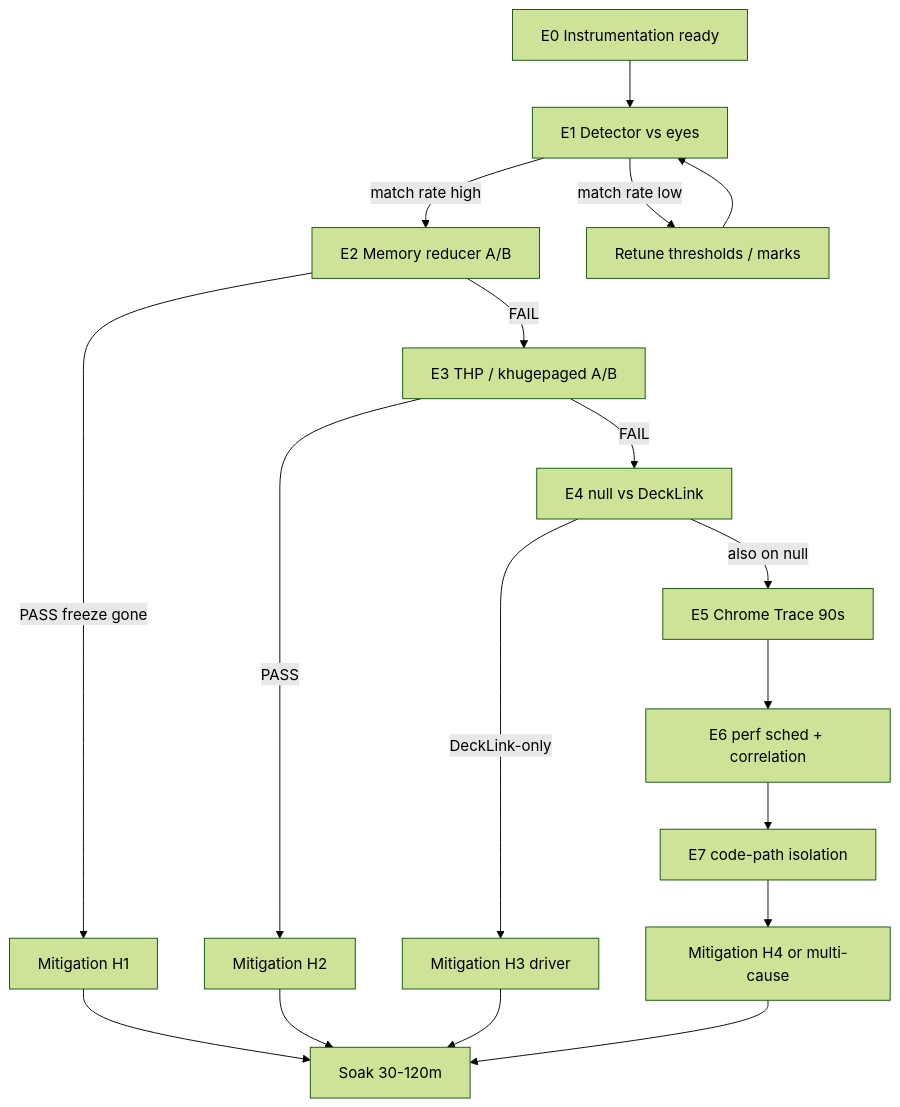
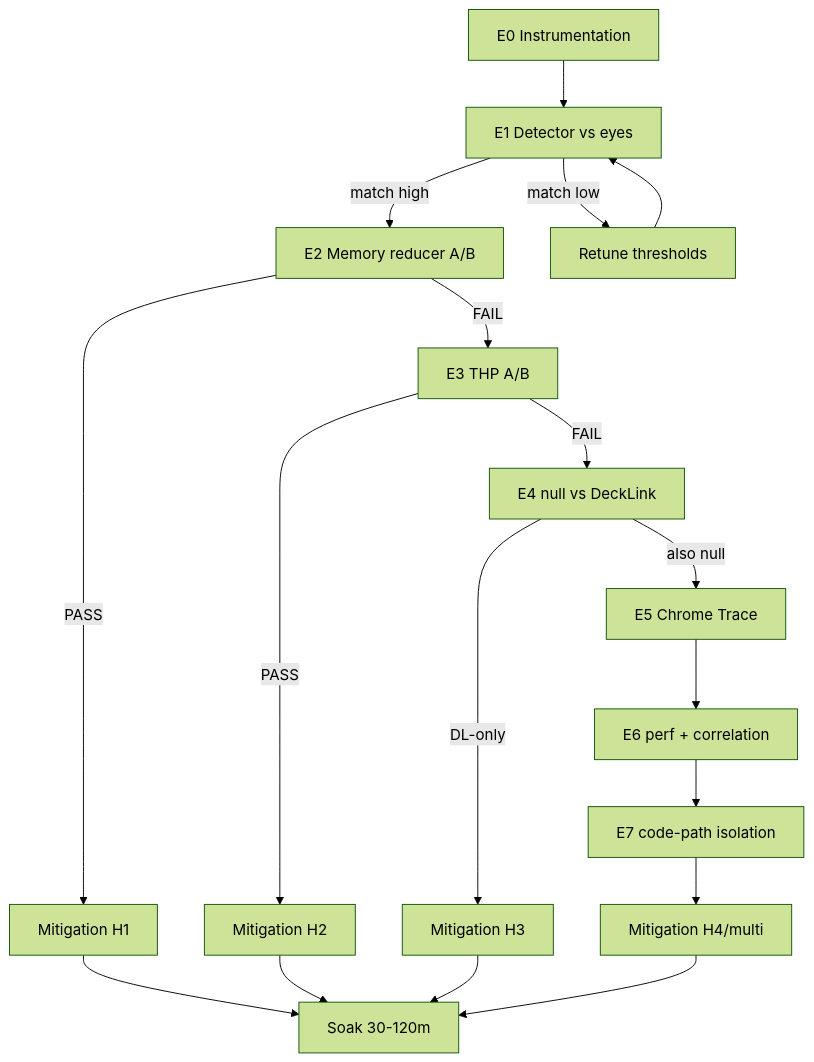
The diagram in docs/performance investigation/06-microfreeze-elimination.md (Requestin/Titulus), drawn with Mermaid (forest theme) before and after one commit. The commit also changed other lines of this file and 1 other file, not shown here.

First line of the commit message:
docs(perf): keep agent rewrite of microfreeze plan

````diff
--- a/docs/performance investigation/06-microfreeze-elimination.md
+++ b/docs/performance investigation/06-microfreeze-elimination.md
@@ -410,20 +278,20 @@
 ```mermaid
 flowchart TD
-  E0[E0 Instrumentation ready] --> E1[E1 Detector vs eyes]
-  E1 -->|match rate high| E2[E2 Memory reducer A/B]
-  E1 -->|match rate low| E1b[Retune thresholds / marks]
+  E0[E0 Instrumentation] --> E1[E1 Detector vs eyes]
+  E1 -->|match high| E2[E2 Memory reducer A/B]
+  E1 -->|match low| E1b[Retune thresholds]
   E1b --> E1
-  E2 -->|PASS freeze gone| M1[Mitigation H1]
-  E2 -->|FAIL| E3[E3 THP / khugepaged A/B]
+  E2 -->|PASS| M1[Mitigation H1]
+  E2 -->|FAIL| E3[E3 THP A/B]
   E3 -->|PASS| M2[Mitigation H2]
   E3 -->|FAIL| E4[E4 null vs DeckLink]
-  E4 -->|DeckLink-only| M3[Mitigation H3 driver]
-  E4 -->|also on null| E5[E5 Chrome Trace 90s]
-  E5 --> E6[E6 perf sched + correlation]
+  E4 -->|DL-only| M3[Mitigation H3]
+  E4 -->|also null| E5[E5 Chrome Trace]
+  E5 --> E6[E6 perf + correlation]
   E6 --> E7[E7 code-path isolation]
-  E7 --> MX[Mitigation H4 or multi-cause]
+  E7 --> MX[Mitigation H4/multi]
   M1 --> S[Soak 30-120m]
   M2 --> S
   M3 --> S
   MX --> S
 ```
````
